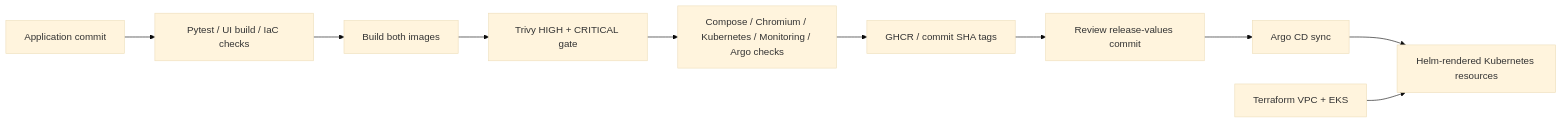
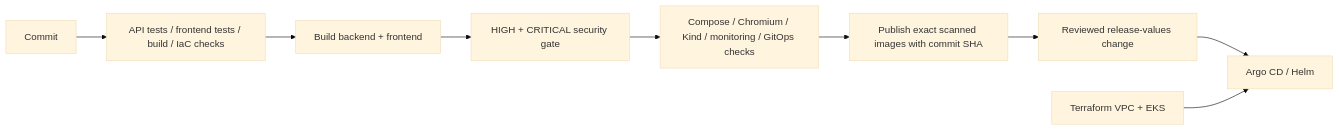
Before and after one commit to THRISHAL12345/lastbite: the second of 2 diagrams in README.md, drawn with Mermaid (base theme). The commit also changed other lines of this file and 117 other files, not shown here.

````diff
--- a/README.md
+++ b/README.md
@@ -54,12 +48,11 @@
 ```mermaid
 flowchart LR
-    Commit[Application commit] --> Tests[Pytest / UI build / IaC checks]
-    Tests --> Build[Build both images]
-    Build --> Scan[Trivy HIGH + CRITICAL gate]
-    Scan --> Integration[Compose / Chromium / Kubernetes / Monitoring / Argo checks]
-    Integration --> GHCR[GHCR / commit SHA tags]
-    GHCR --> Review[Review release-values commit]
-    Review --> Argo[Argo CD sync]
-    Argo --> Helm[Helm-rendered Kubernetes resources]
-    Terraform[Terraform VPC + EKS] --> Helm
+    Commit --> Tests[API tests / frontend tests / build / IaC checks]
+    Tests --> Images[Build backend + frontend]
+    Images --> Trivy[HIGH + CRITICAL security gate]
+    Trivy --> Integration[Compose / Chromium / Kind / monitoring / GitOps checks]
+    Integration --> GHCR[Publish exact scanned images with commit SHA]
+    GHCR --> Promotion[Reviewed release-values change]
+    Promotion --> Argo[Argo CD / Helm]
+    Terraform[Terraform VPC + EKS] --> Argo
 ```
````
